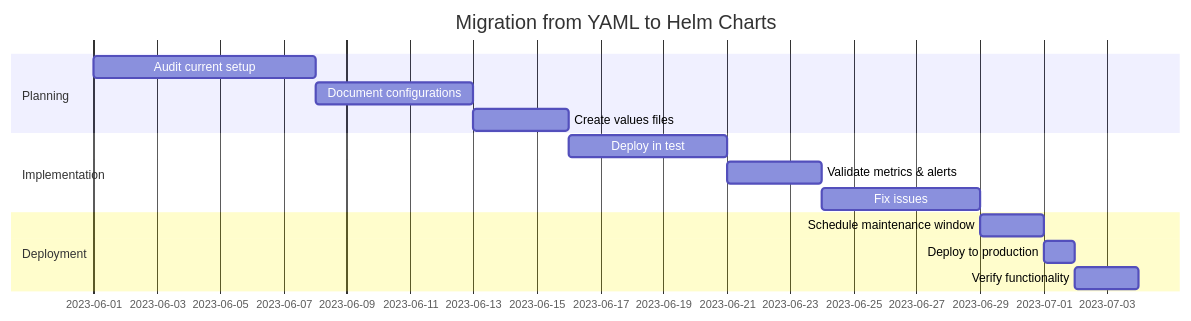
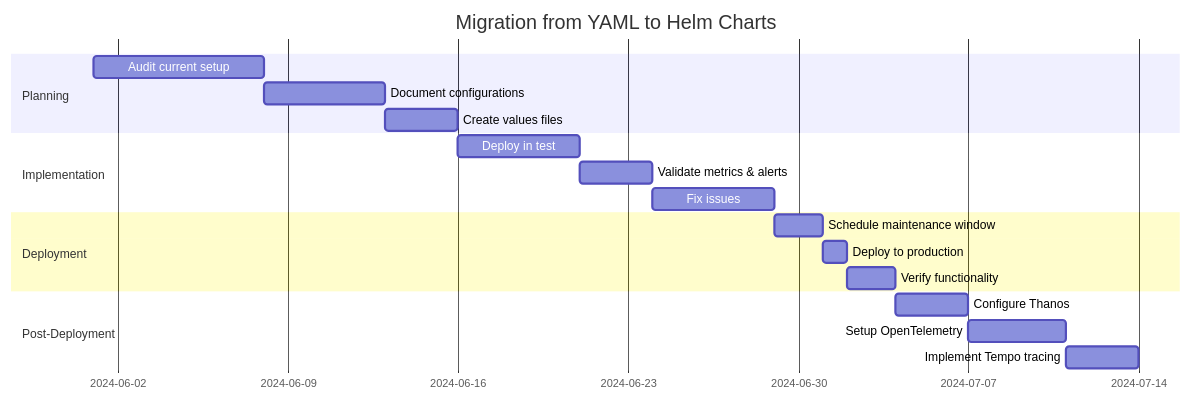
Before and after one commit to AkhilMylaram/terraform: the second of 2 diagrams in docs/monitoring-implementation.md, drawn with Mermaid. The commit also changed other lines of this file and 2 other files, not shown here.

````diff
--- a/docs/monitoring-implementation.md
+++ b/docs/monitoring-implementation.md
@@ -266,17 +272,21 @@
 ```mermaid
 gantt
     title Migration from YAML to Helm Charts
     dateFormat  YYYY-MM-DD
     section Planning
-    Audit current setup           :a1, 2023-06-01, 7d
+    Audit current setup           :a1, 2024-06-01, 7d
     Document configurations       :a2, after a1, 5d
     Create values files          :a3, after a2, 3d
     section Implementation
     Deploy in test               :b1, after a3, 5d
     Validate metrics & alerts    :b2, after b1, 3d
     Fix issues                   :b3, after b2, 5d
     section Deployment
     Schedule maintenance window  :c1, after b3, 2d
     Deploy to production         :c2, after c1, 1d
     Verify functionality         :c3, after c2, 2d
+    section Post-Deployment
+    Configure Thanos             :d1, after c3, 3d
+    Setup OpenTelemetry          :d2, after d1, 4d
+    Implement Tempo tracing      :d3, after d2, 3d
 ```
````
